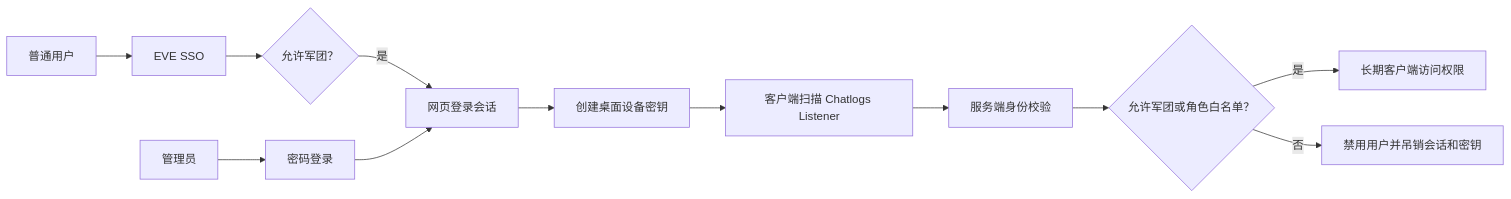
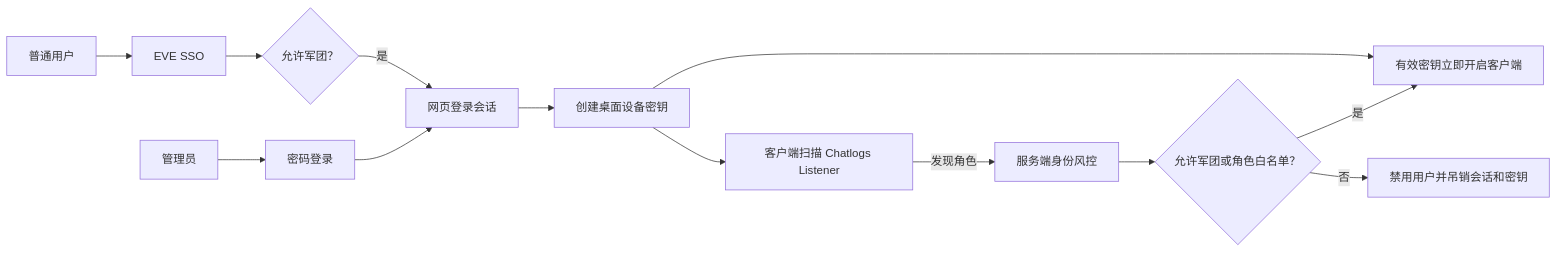
The third of 3 diagrams in README.md (xiaqijun/eve-sentry), drawn with Mermaid before and after one commit. The commit also changed 12 other files, not shown here.

````diff
--- a/README.md
+++ b/README.md
@@ -67,16 +67,17 @@
 ```mermaid
 flowchart LR
     member["普通用户"] --> sso["EVE SSO"]
     sso --> corp{"允许军团？"}
     corp -->|"是"| session["网页登录会话"]
 
     admin["管理员"] --> password["密码登录"]
     password --> session
 
     session --> key["创建桌面设备密钥"]
+    key --> access["有效密钥立即开启客户端"]
     key --> listener["客户端扫描 Chatlogs Listener"]
-    listener --> check["服务端身份校验"]
+    listener -->|"发现角色"| check["服务端身份风控"]
     check --> rule{"允许军团或角色白名单？"}
-    rule -->|"是"| access["长期客户端访问权限"]
+    rule -->|"是"| access
     rule -->|"否"| revoke["禁用用户并吊销会话和密钥"]
 ```
````
